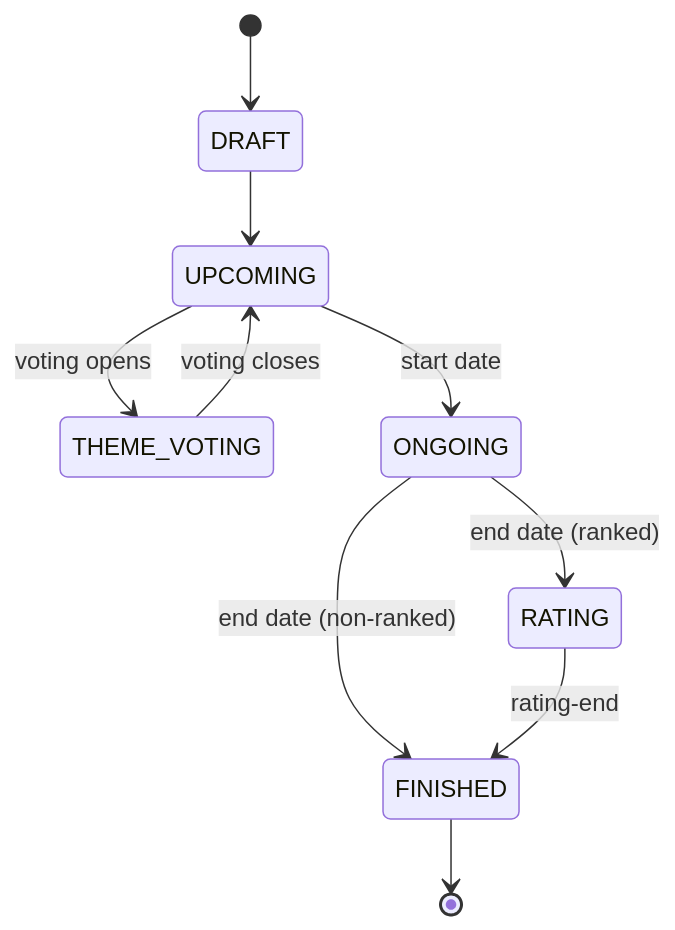
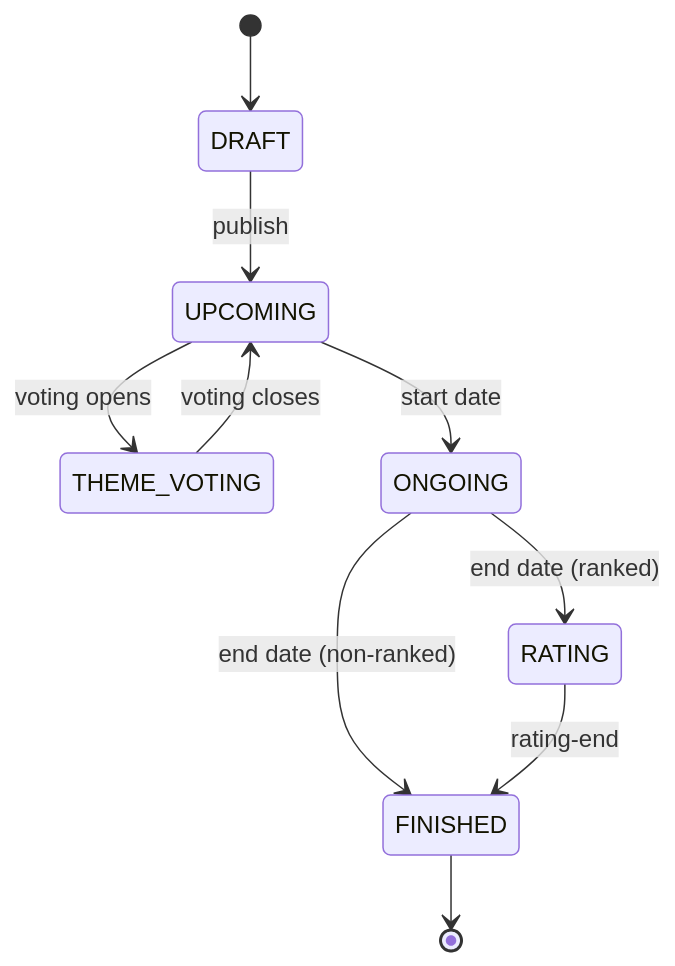
One commit to Pierre-Demessence/GameJams-Organizer-2 changed the diagram in docs/specs/product-spec.md. Above: the diagram before and after it, drawn with Mermaid. The commit also changed other lines of this file, not shown here.

First line of the commit message:
docs(specs): clarify DRAFT/Publish, add edit window and edge cases

````diff
--- a/docs/specs/product-spec.md
+++ b/docs/specs/product-spec.md
@@ -210,12 +220,12 @@
 ```mermaid
 stateDiagram-v2
     [*] --> DRAFT
-    DRAFT --> UPCOMING
+    DRAFT --> UPCOMING: publish
     UPCOMING --> THEME_VOTING: voting opens
     THEME_VOTING --> UPCOMING: voting closes
     UPCOMING --> ONGOING: start date
     ONGOING --> RATING: end date (ranked)
     ONGOING --> FINISHED: end date (non-ranked)
     RATING --> FINISHED: rating-end
     FINISHED --> [*]
 ```
````
